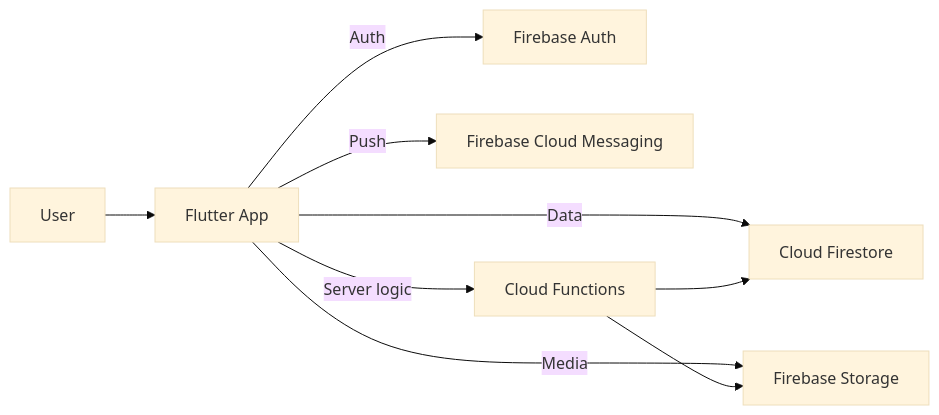
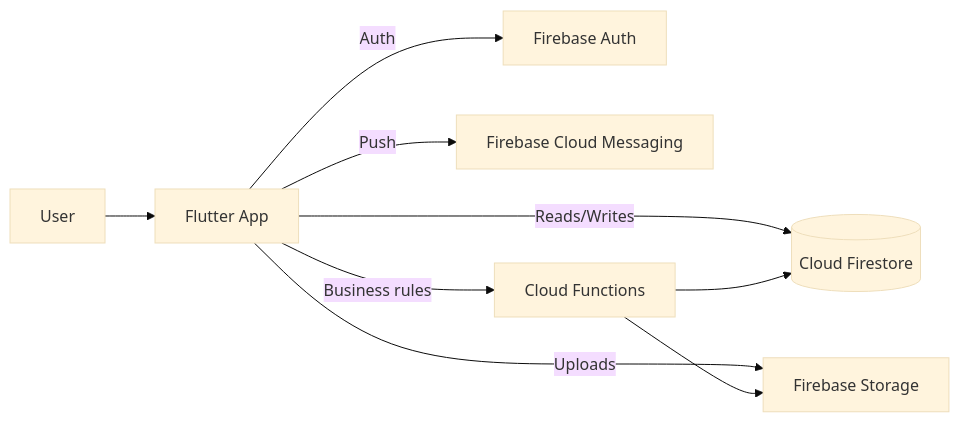
The first of 5 diagrams in README.md (Almichot-1/p2p-delivery-platform), drawn with Mermaid (base theme) before and after one commit. The commit also changed other lines of this file, not shown here.

````diff
--- a/README.md
+++ b/README.md
@@ -86,11 +79,11 @@
 ```mermaid
 flowchart LR
-  U[User] --> A[Flutter App]
-  A -->|Auth| FA[Firebase Auth]
-  A -->|Data| FS[Cloud Firestore]
-  A -->|Media| ST[Firebase Storage]
-  A -->|Push| FCM[Firebase Cloud Messaging]
-  A -->|Server logic| CF[Cloud Functions]
-  CF --> FS
-  CF --> ST
+  U[User] --> APP[Flutter App]
+  APP -->|Auth| AUTH[Firebase Auth]
+  APP -->|Reads/Writes| DB[(Cloud Firestore)]
+  APP -->|Uploads| STO[Firebase Storage]
+  APP -->|Push| FCM[Firebase Cloud Messaging]
+  APP -->|Business rules| FN[Cloud Functions]
+  FN --> DB
+  FN --> STO
 ```
````
